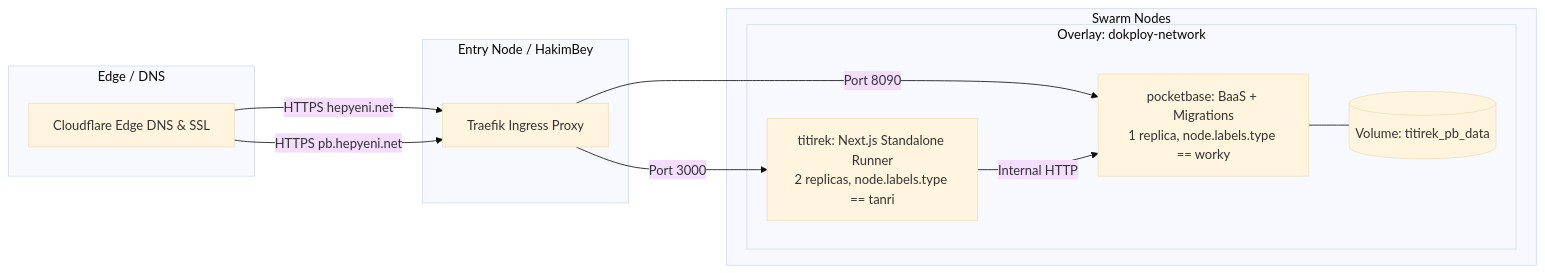
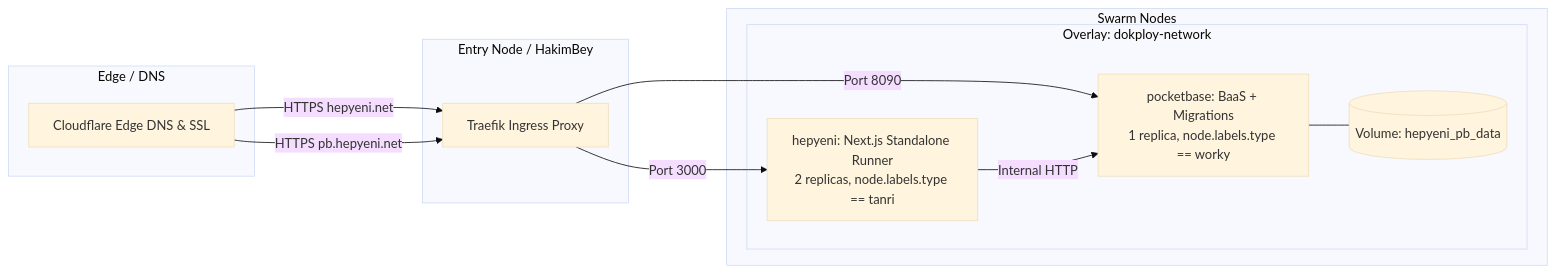
The diagram in docs/DEPLOYMENT_AND_INFRA.md (fusuycorp/hepyeni), drawn with Mermaid (base theme) before and after one commit. The commit also changed other lines of this file and 52 other files, not shown here.

````diff
--- a/docs/DEPLOYMENT_AND_INFRA.md
+++ b/docs/DEPLOYMENT_AND_INFRA.md
@@ -11,25 +11,25 @@
 ```mermaid
 flowchart LR
     subgraph Edge / DNS
         CF[Cloudflare Edge DNS & SSL]
     end
 
     subgraph Entry Node / HakimBey
         TR[Traefik Ingress Proxy]
     end
 
     subgraph Swarm Nodes
         subgraph Overlay: dokploy-network
-            APP[titirek: Next.js Standalone Runner<br/>2 replicas, node.labels.type == tanri]
+            APP[hepyeni: Next.js Standalone Runner<br/>2 replicas, node.labels.type == tanri]
             PB[pocketbase: BaaS + Migrations<br/>1 replica, node.labels.type == worky]
-            VOL[(Volume: titirek_pb_data)]
+            VOL[(Volume: hepyeni_pb_data)]
         end
     end
 
     CF -->|HTTPS hepyeni.net| TR
     CF -->|HTTPS pb.hepyeni.net| TR
     TR -->|Port 3000| APP
     TR -->|Port 8090| PB
     APP -->|Internal HTTP| PB
     PB --- VOL
 ```
````
